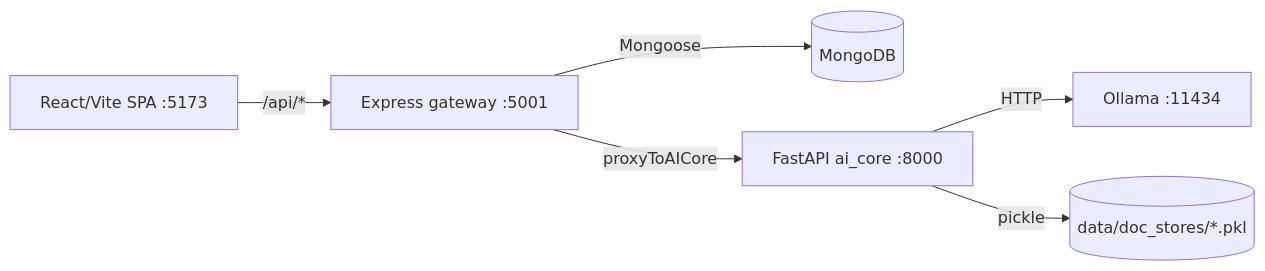
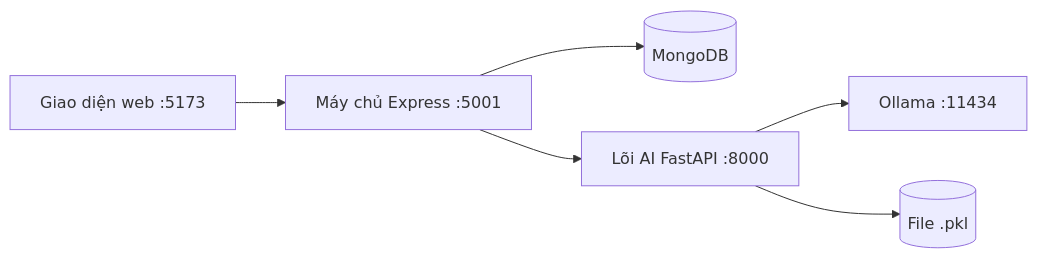
One commit to LeeTuaans1594/neurovault changed the diagram in docs/audit/STAGE1_CODEBASE_MAP.md. Above: the diagram before and after it, drawn with Mermaid. The commit also changed other lines of this file, not shown here.

````diff
--- a/docs/audit/STAGE1_CODEBASE_MAP.md
+++ b/docs/audit/STAGE1_CODEBASE_MAP.md
@@ -8,8 +8,8 @@
 ```mermaid
 flowchart LR
-  FE["React/Vite SPA :5173"] -->|/api/*| GW["Express gateway :5001"]
-  GW -->|Mongoose| DB[("MongoDB")]
-  GW -->|proxyToAICore| AI["FastAPI ai_core :8000"]
-  AI -->|HTTP| OL["Ollama :11434"]
-  AI -->|pickle| PKL[("data/doc_stores/*.pkl")]
+  FE["Giao diện web :5173"] --> GW["Máy chủ Express :5001"]
+  GW --> DB[("MongoDB")]
+  GW --> AI["Lõi AI FastAPI :8000"]
+  AI --> OL["Ollama :11434"]
+  AI --> PKL[("File .pkl")]
 ```
````
